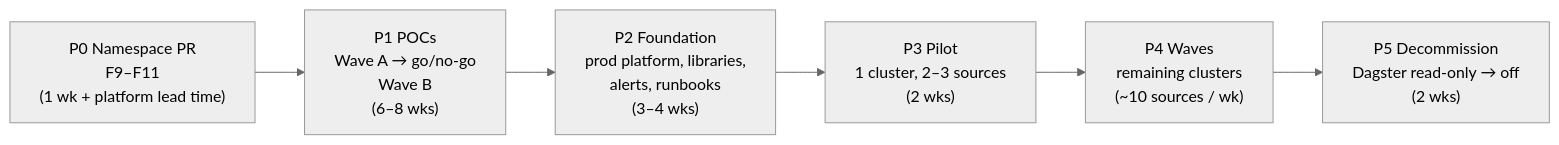
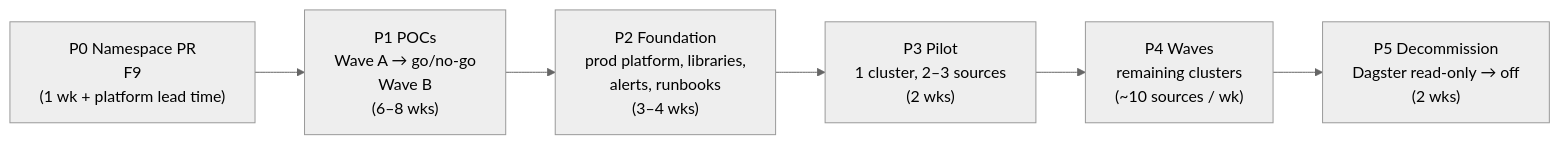
The first of 3 diagrams in migration/05-migration-plan.md (infroid/temporal-vs-dagster), drawn with Mermaid (neutral theme) before and after one commit. The commit also changed other lines of this file and 3 other files, not shown here.

````diff
--- a/migration/05-migration-plan.md
+++ b/migration/05-migration-plan.md
@@ -12,8 +12,8 @@
 ```mermaid
 flowchart LR
-  P0["P0 Namespace PR<br/>F9–F11<br/>(1 wk + platform lead time)"] --> P1["P1 POCs<br/>Wave A → go/no-go<br/>Wave B<br/>(6–8 wks)"]
+  P0["P0 Namespace PR<br/>F9<br/>(1 wk + platform lead time)"] --> P1["P1 POCs<br/>Wave A → go/no-go<br/>Wave B<br/>(6–8 wks)"]
   P1 --> P2["P2 Foundation<br/>prod platform, libraries,<br/>alerts, runbooks<br/>(3–4 wks)"]
   P2 --> P3["P3 Pilot<br/>1 cluster, 2–3 sources<br/>(2 wks)"]
   P3 --> P4["P4 Waves<br/>remaining clusters<br/>(~10 sources / wk)"]
   P4 --> P5["P5 Decommission<br/>Dagster read-only → off<br/>(2 wks)"]
 ```
````
